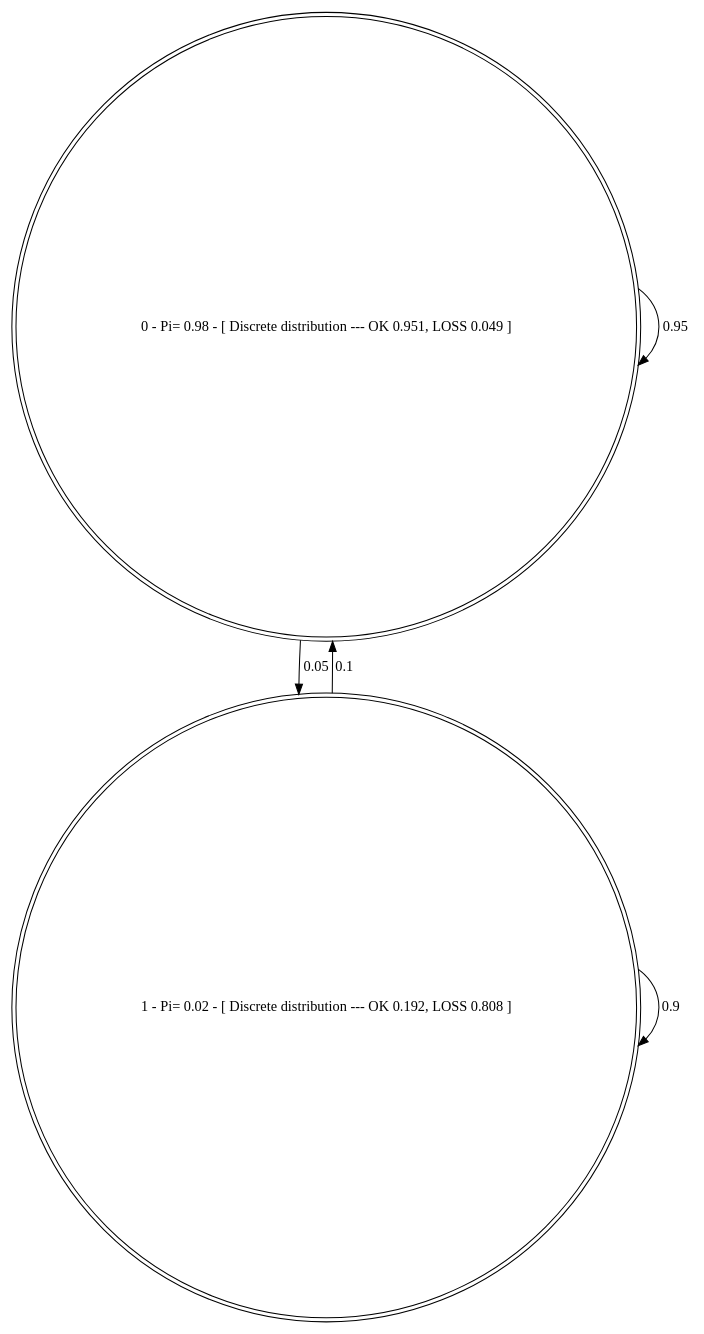
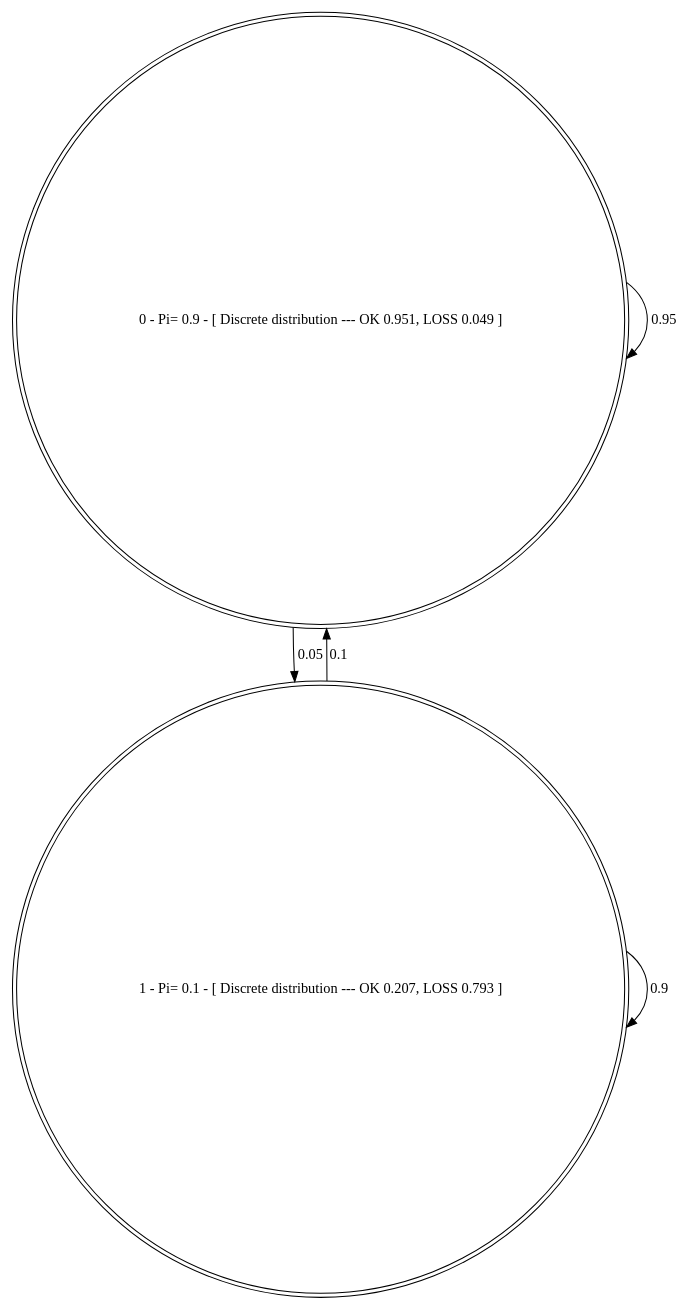
Before and after one commit to benjamindblock/CS440_KeyAcoustics: the diagram in Jahmm/learntHmm.dot, drawn with Graphviz. The commit also changed 20 other files, not shown here.

```diff
--- a/Jahmm/learntHmm.dot
+++ b/Jahmm/learntHmm.dot
@@ -1,8 +1,8 @@
 digraph G {
 	0 -> 0 [label=0.95];
 	0 -> 1 [label=0.05];
 	1 -> 0 [label=0.1];
 	1 -> 1 [label=0.9];
-	0 [shape=doublecircle, label="0 - Pi= 0.98 - [ Discrete distribution --- OK 0.951, LOSS 0.049 ]"];
-	1 [shape=doublecircle, label="1 - Pi= 0.02 - [ Discrete distribution --- OK 0.192, LOSS 0.808 ]"];
+	0 [shape=doublecircle, label="0 - Pi= 0.9 - [ Discrete distribution --- OK 0.951, LOSS 0.049 ]"];
+	1 [shape=doublecircle, label="1 - Pi= 0.1 - [ Discrete distribution --- OK 0.207, LOSS 0.793 ]"];
 }
```
